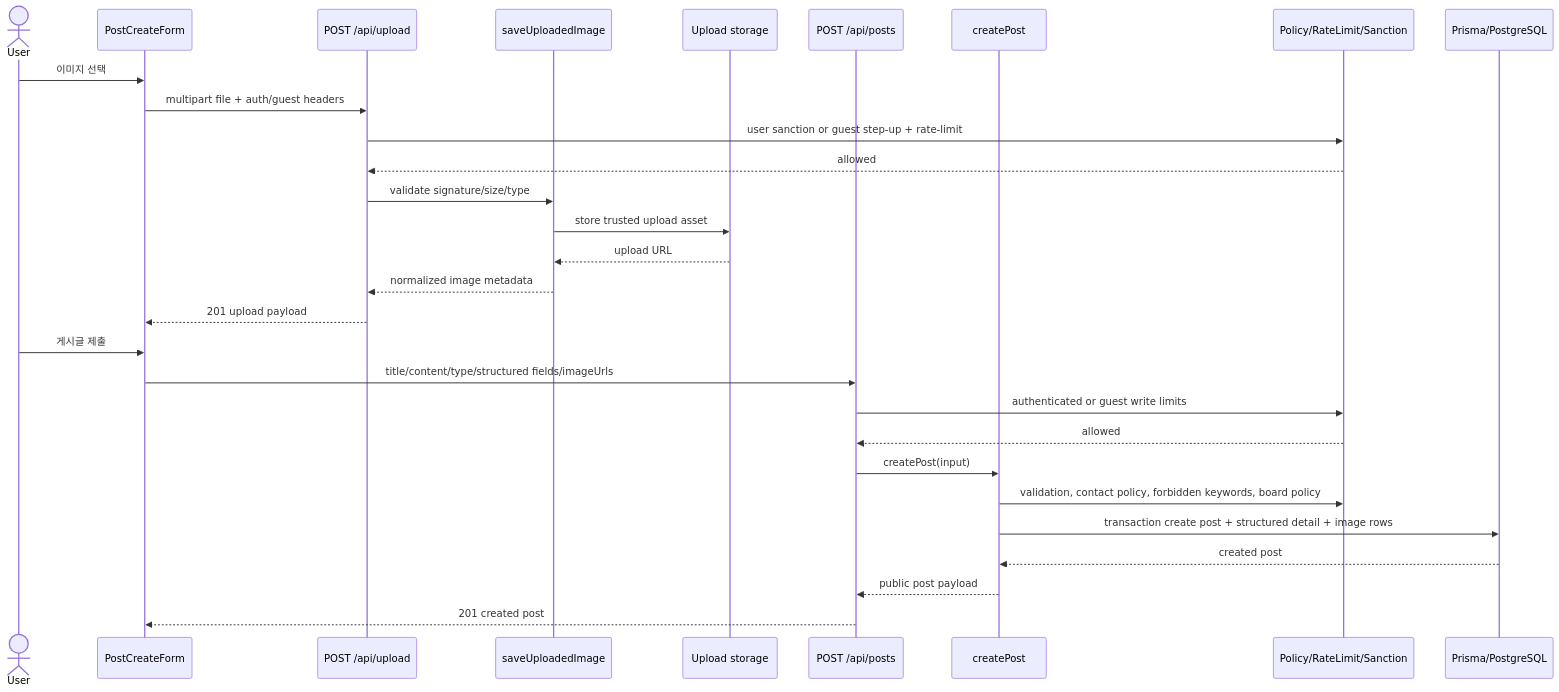
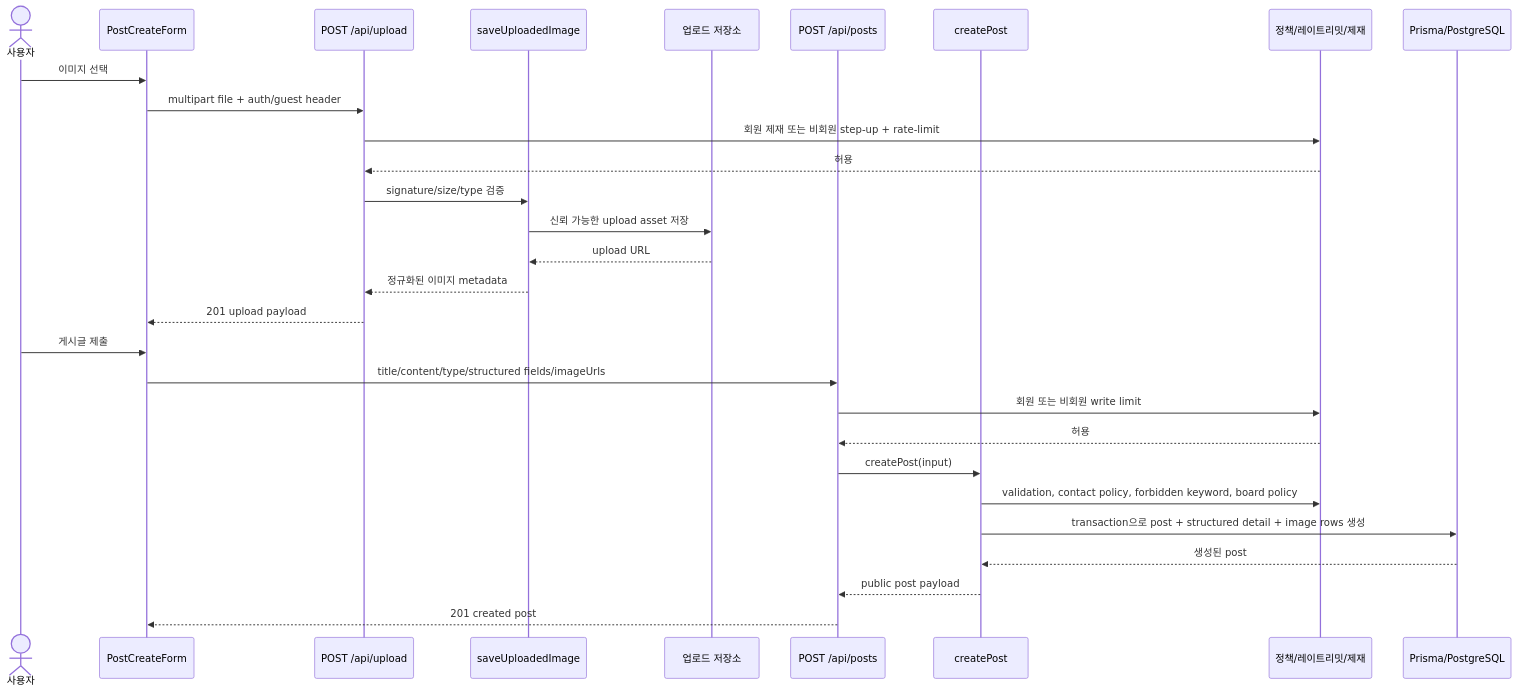
Before and after one commit to answndud/townpet: the first of 4 diagrams in business/reports/backend-sequence-diagrams.md, drawn with Mermaid. The commit also changed other lines of this file and 17 other files, not shown here.

````diff
--- a/business/reports/backend-sequence-diagrams.md
+++ b/business/reports/backend-sequence-diagrams.md
@@ -22,32 +22,32 @@
 ```mermaid
 sequenceDiagram
-  actor User
+  actor 사용자
   participant UI as PostCreateForm
   participant UploadRoute as POST /api/upload
   participant UploadService as saveUploadedImage
-  participant Storage as Upload storage
+  participant Storage as 업로드 저장소
   participant PostRoute as POST /api/posts
   participant PostService as createPost
-  participant Policy as Policy/RateLimit/Sanction
+  participant Policy as 정책/레이트리밋/제재
   participant DB as Prisma/PostgreSQL
 
-  User->>UI: 이미지 선택
-  UI->>UploadRoute: multipart file + auth/guest headers
-  UploadRoute->>Policy: user sanction or guest step-up + rate-limit
-  Policy-->>UploadRoute: allowed
-  UploadRoute->>UploadService: validate signature/size/type
-  UploadService->>Storage: store trusted upload asset
+  사용자->>UI: 이미지 선택
+  UI->>UploadRoute: multipart file + auth/guest header
+  UploadRoute->>Policy: 회원 제재 또는 비회원 step-up + rate-limit
+  Policy-->>UploadRoute: 허용
+  UploadRoute->>UploadService: signature/size/type 검증
+  UploadService->>Storage: 신뢰 가능한 upload asset 저장
   Storage-->>UploadService: upload URL
-  UploadService-->>UploadRoute: normalized image metadata
+  UploadService-->>UploadRoute: 정규화된 이미지 metadata
   UploadRoute-->>UI: 201 upload payload
-  User->>UI: 게시글 제출
+  사용자->>UI: 게시글 제출
   UI->>PostRoute: title/content/type/structured fields/imageUrls
-  PostRoute->>Policy: authenticated or guest write limits
-  Policy-->>PostRoute: allowed
+  PostRoute->>Policy: 회원 또는 비회원 write limit
+  Policy-->>PostRoute: 허용
   PostRoute->>PostService: createPost(input)
-  PostService->>Policy: validation, contact policy, forbidden keywords, board policy
-  PostService->>DB: transaction create post + structured detail + image rows
-  DB-->>PostService: created post
+  PostService->>Policy: validation, contact policy, forbidden keyword, board policy
+  PostService->>DB: transaction으로 post + structured detail + image rows 생성
+  DB-->>PostService: 생성된 post
   PostService-->>PostRoute: public post payload
   PostRoute-->>UI: 201 created post
 ```
````
